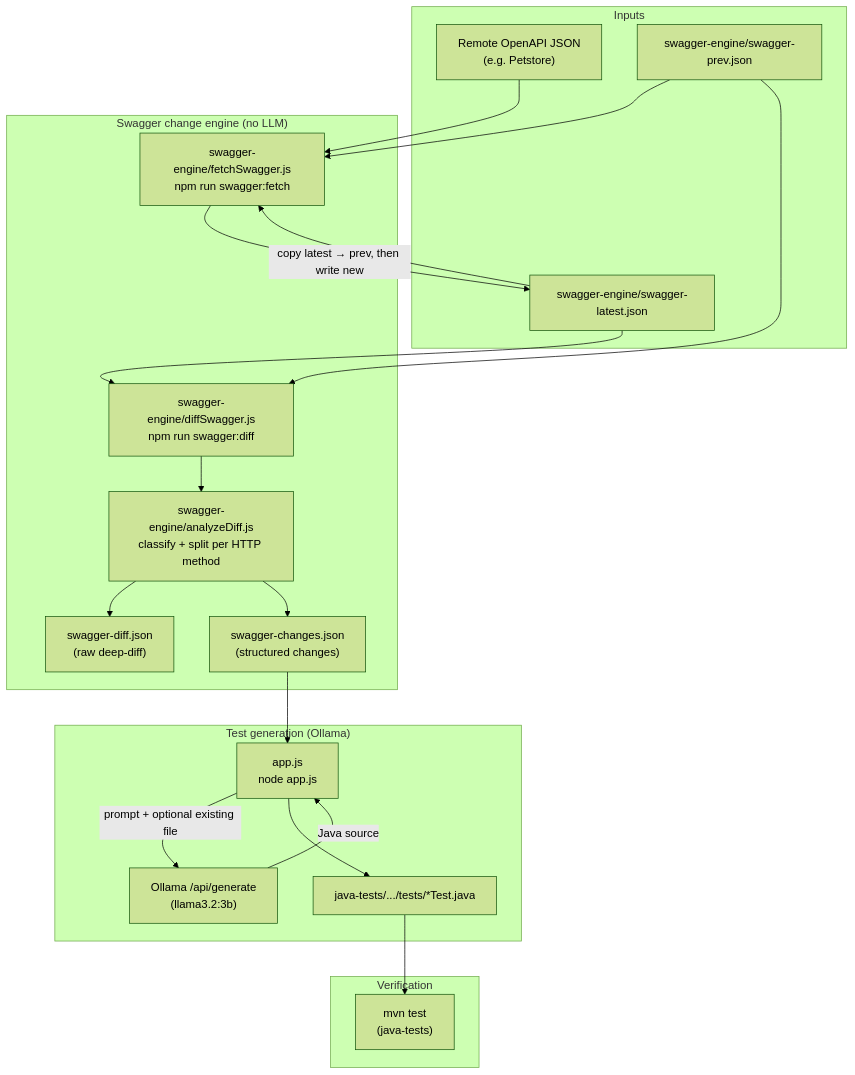
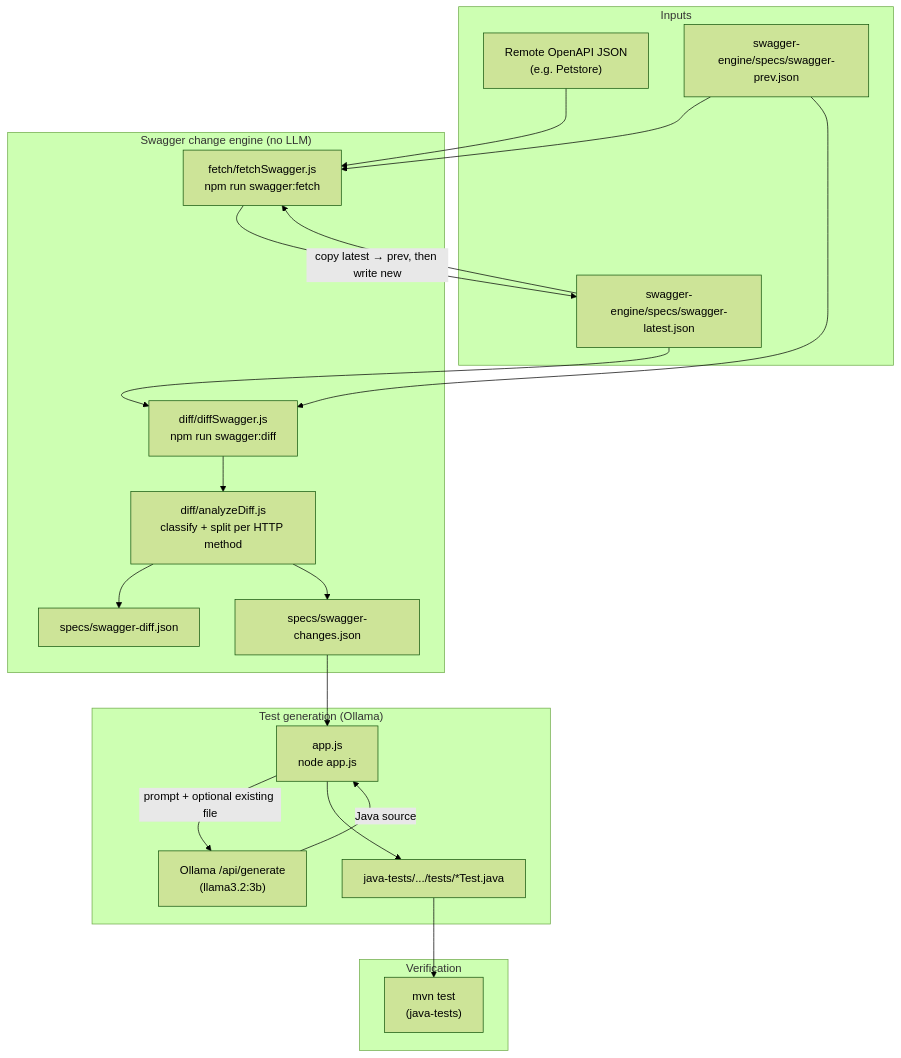
One commit to brijeshbisht91/swagger-ai-test-generator changed the first of 3 diagrams in README.md. Above: the diagram before and after it, drawn with Mermaid (forest theme). The commit also changed other lines of this file and 20 other files, not shown here.

Commit message:
added swagger diff changes

````diff
--- a/README.md
+++ b/README.md
@@ -7,44 +7,44 @@
 ```mermaid
 flowchart TB
   subgraph sources["Inputs"]
     Remote["Remote OpenAPI JSON\n(e.g. Petstore)"]
-    Prev["swagger-engine/swagger-prev.json"]
-    Latest["swagger-engine/swagger-latest.json"]
+    Prev["swagger-engine/specs/swagger-prev.json"]
+    Latest["swagger-engine/specs/swagger-latest.json"]
   end
 
   subgraph engine["Swagger change engine (no LLM)"]
-    Fetch["swagger-engine/fetchSwagger.js\nnpm run swagger:fetch"]
-    Diff["swagger-engine/diffSwagger.js\nnpm run swagger:diff"]
-    Analyze["swagger-engine/analyzeDiff.js\nclassify + split per HTTP method"]
-    DiffOut["swagger-diff.json\n(raw deep-diff)"]
-    ChangesOut["swagger-changes.json\n(structured changes)"]
+    Fetch["fetch/fetchSwagger.js\nnpm run swagger:fetch"]
+    Diff["diff/diffSwagger.js\nnpm run swagger:diff"]
+    Analyze["diff/analyzeDiff.js\nclassify + split per HTTP method"]
+    DiffOut["specs/swagger-diff.json"]
+    ChangesOut["specs/swagger-changes.json"]
   end
 
   subgraph ai["Test generation (Ollama)"]
     App["app.js\nnode app.js"]
     Ollama["Ollama /api/generate\n(llama3.2:3b)"]
     JavaTests["java-tests/.../tests/*Test.java"]
   end
 
   subgraph verify["Verification"]
     Maven["mvn test\n(java-tests)"]
   end
 
   Remote --> Fetch
   Prev --> Fetch
   Latest --> Fetch
   Fetch -->|"copy latest → prev, then write new"| Latest
 
   Prev --> Diff
   Latest --> Diff
   Diff --> Analyze
   Analyze --> DiffOut
   Analyze --> ChangesOut
 
   ChangesOut --> App
   App -->|"prompt + optional existing file"| Ollama
   Ollama -->|"Java source"| App
   App --> JavaTests
 
   JavaTests --> Maven
 ```
````
